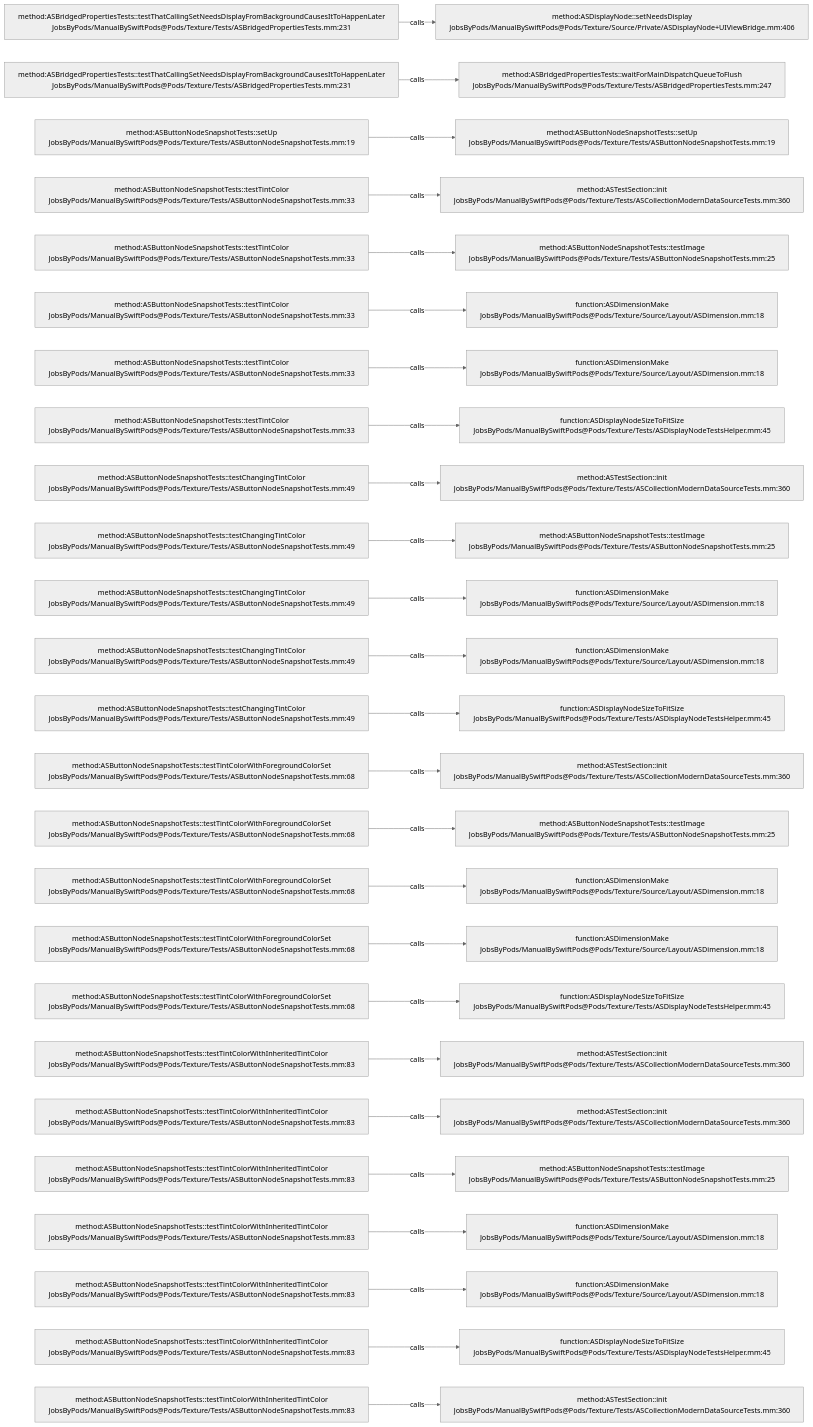
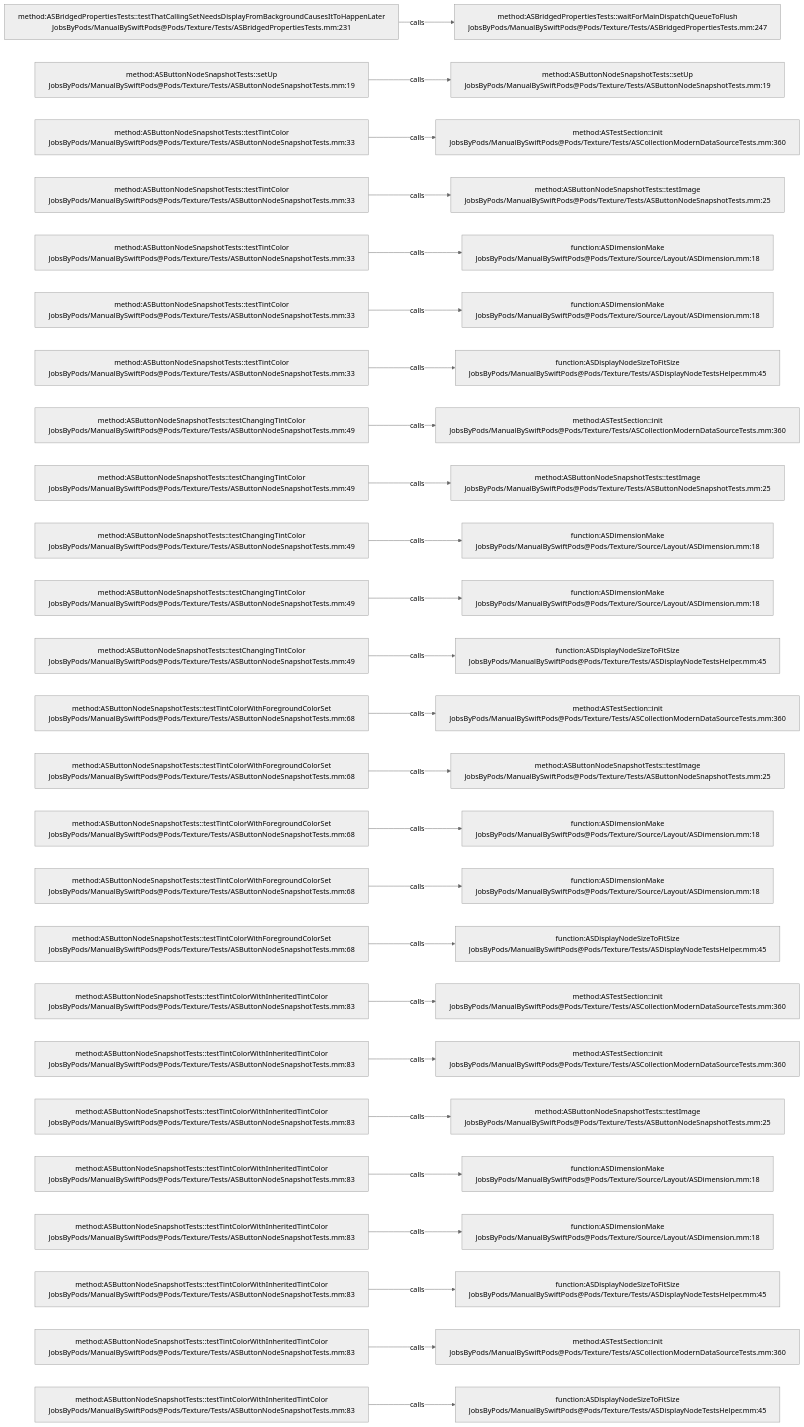
Before and after one commit to JobsKits/JobsSwiftBaseConfigDemo: the diagram in .codegraph/codegraph.md/graphs/calls-165.md, drawn with Mermaid (neutral theme). The commit also changed 747 other files, not shown here.

````diff
--- a/.codegraph/codegraph.md/graphs/calls-165.md
+++ b/.codegraph/codegraph.md/graphs/calls-165.md
@@ -13,78 +13,78 @@
 ```mermaid
 flowchart LR
   S1["method:ASBridgedPropertiesTests::testThatCallingSetNeedsDisplayFromBackgroundCausesItToHappenLater<br/>JobsByPods/ManualBySwiftPods@Pods/Texture/Tests/ASBridgedPropertiesTests.mm:231"]
-  T1["method:ASDisplayNode::setNeedsDisplay<br/>JobsByPods/ManualBySwiftPods@Pods/Texture/Source/Private/ASDisplayNode+UIViewBridge.mm:406"]
+  T1["method:ASBridgedPropertiesTests::waitForMainDispatchQueueToFlush<br/>JobsByPods/ManualBySwiftPods@Pods/Texture/Tests/ASBridgedPropertiesTests.mm:247"]
   S1 -->|calls| T1
-  S2["method:ASBridgedPropertiesTests::testThatCallingSetNeedsDisplayFromBackgroundCausesItToHappenLater<br/>JobsByPods/ManualBySwiftPods@Pods/Texture/Tests/ASBridgedPropertiesTests.mm:231"]
-  T2["method:ASBridgedPropertiesTests::waitForMainDispatchQueueToFlush<br/>JobsByPods/ManualBySwiftPods@Pods/Texture/Tests/ASBridgedPropertiesTests.mm:247"]
+  S2["method:ASButtonNodeSnapshotTests::setUp<br/>JobsByPods/ManualBySwiftPods@Pods/Texture/Tests/ASButtonNodeSnapshotTests.mm:19"]
+  T2["method:ASButtonNodeSnapshotTests::setUp<br/>JobsByPods/ManualBySwiftPods@Pods/Texture/Tests/ASButtonNodeSnapshotTests.mm:19"]
   S2 -->|calls| T2
-  S3["method:ASButtonNodeSnapshotTests::setUp<br/>JobsByPods/ManualBySwiftPods@Pods/Texture/Tests/ASButtonNodeSnapshotTests.mm:19"]
-  T3["method:ASButtonNodeSnapshotTests::setUp<br/>JobsByPods/ManualBySwiftPods@Pods/Texture/Tests/ASButtonNodeSnapshotTests.mm:19"]
+  S3["method:ASButtonNodeSnapshotTests::testTintColor<br/>JobsByPods/ManualBySwiftPods@Pods/Texture/Tests/ASButtonNodeSnapshotTests.mm:33"]
+  T3["method:ASTestSection::init<br/>JobsByPods/ManualBySwiftPods@Pods/Texture/Tests/ASCollectionModernDataSourceTests.mm:360"]
   S3 -->|calls| T3
   S4["method:ASButtonNodeSnapshotTests::testTintColor<br/>JobsByPods/ManualBySwiftPods@Pods/Texture/Tests/ASButtonNodeSnapshotTests.mm:33"]
-  T4["method:ASTestSection::init<br/>JobsByPods/ManualBySwiftPods@Pods/Texture/Tests/ASCollectionModernDataSourceTests.mm:360"]
+  T4["method:ASButtonNodeSnapshotTests::testImage<br/>JobsByPods/ManualBySwiftPods@Pods/Texture/Tests/ASButtonNodeSnapshotTests.mm:25"]
   S4 -->|calls| T4
   S5["method:ASButtonNodeSnapshotTests::testTintColor<br/>JobsByPods/ManualBySwiftPods@Pods/Texture/Tests/ASButtonNodeSnapshotTests.mm:33"]
-  T5["method:ASButtonNodeSnapshotTests::testImage<br/>JobsByPods/ManualBySwiftPods@Pods/Texture/Tests/ASButtonNodeSnapshotTests.mm:25"]
+  T5["function:ASDimensionMake<br/>JobsByPods/ManualBySwiftPods@Pods/Texture/Source/Layout/ASDimension.mm:18"]
   S5 -->|calls| T5
   S6["method:ASButtonNodeSnapshotTests::testTintColor<br/>JobsByPods/ManualBySwiftPods@Pods/Texture/Tests/ASButtonNodeSnapshotTests.mm:33"]
   T6["function:ASDimensionMake<br/>JobsByPods/ManualBySwiftPods@Pods/Texture/Source/Layout/ASDimension.mm:18"]
   S6 -->|calls| T6
   S7["method:ASButtonNodeSnapshotTests::testTintColor<br/>JobsByPods/ManualBySwiftPods@Pods/Texture/Tests/ASButtonNodeSnapshotTests.mm:33"]
-  T7["function:ASDimensionMake<br/>JobsByPods/ManualBySwiftPods@Pods/Texture/Source/Layout/ASDimension.mm:18"]
+  T7["function:ASDisplayNodeSizeToFitSize<br/>JobsByPods/ManualBySwiftPods@Pods/Texture/Tests/ASDisplayNodeTestsHelper.mm:45"]
   S7 -->|calls| T7
-  S8["method:ASButtonNodeSnapshotTests::testTintColor<br/>JobsByPods/ManualBySwiftPods@Pods/Texture/Tests/ASButtonNodeSnapshotTests.mm:33"]
-  T8["function:ASDisplayNodeSizeToFitSize<br/>JobsByPods/ManualBySwiftPods@Pods/Texture/Tests/ASDisplayNodeTestsHelper.mm:45"]
+  S8["method:ASButtonNodeSnapshotTests::testChangingTintColor<br/>JobsByPods/ManualBySwiftPods@Pods/Texture/Tests/ASButtonNodeSnapshotTests.mm:49"]
+  T8["method:ASTestSection::init<br/>JobsByPods/ManualBySwiftPods@Pods/Texture/Tests/ASCollectionModernDataSourceTests.mm:360"]
   S8 -->|calls| T8
   S9["method:ASButtonNodeSnapshotTests::testChangingTintColor<br/>JobsByPods/ManualBySwiftPods@Pods/Texture/Tests/ASButtonNodeSnapshotTests.mm:49"]
-  T9["method:ASTestSection::init<br/>JobsByPods/ManualBySwiftPods@Pods/Texture/Tests/ASCollectionModernDataSourceTests.mm:360"]
+  T9["method:ASButtonNodeSnapshotTests::testImage<br/>JobsByPods/ManualBySwiftPods@Pods/Texture/Tests/ASButtonNodeSnapshotTests.mm:25"]
   S9 -->|calls| T9
   S10["method:ASButtonNodeSnapshotTests::testChangingTintColor<br/>JobsByPods/ManualBySwiftPods@Pods/Texture/Tests/ASButtonNodeSnapshotTests.mm:49"]
-  T10["method:ASButtonNodeSnapshotTests::testImage<br/>JobsByPods/ManualBySwiftPods@Pods/Texture/Tests/ASButtonNodeSnapshotTests.mm:25"]
+  T10["function:ASDimensionMake<br/>JobsByPods/ManualBySwiftPods@Pods/Texture/Source/Layout/ASDimension.mm:18"]
   S10 -->|calls| T10
   S11["method:ASButtonNodeSnapshotTests::testChangingTintColor<br/>JobsByPods/ManualBySwiftPods@Pods/Texture/Tests/ASButtonNodeSnapshotTests.mm:49"]
   T11["function:ASDimensionMake<br/>JobsByPods/ManualBySwiftPods@Pods/Texture/Source/Layout/ASDimension.mm:18"]
   S11 -->|calls| T11
   S12["method:ASButtonNodeSnapshotTests::testChangingTintColor<br/>JobsByPods/ManualBySwiftPods@Pods/Texture/Tests/ASButtonNodeSnapshotTests.mm:49"]
-  T12["function:ASDimensionMake<br/>JobsByPods/ManualBySwiftPods@Pods/Texture/Source/Layout/ASDimension.mm:18"]
+  T12["function:ASDisplayNodeSizeToFitSize<br/>JobsByPods/ManualBySwiftPods@Pods/Texture/Tests/ASDisplayNodeTestsHelper.mm:45"]
   S12 -->|calls| T12
-  S13["method:ASButtonNodeSnapshotTests::testChangingTintColor<br/>JobsByPods/ManualBySwiftPods@Pods/Texture/Tests/ASButtonNodeSnapshotTests.mm:49"]
-  T13["function:ASDisplayNodeSizeToFitSize<br/>JobsByPods/ManualBySwiftPods@Pods/Texture/Tests/ASDisplayNodeTestsHelper.mm:45"]
+  S13["method:ASButtonNodeSnapshotTests::testTintColorWithForegroundColorSet<br/>JobsByPods/ManualBySwiftPods@Pods/Texture/Tests/ASButtonNodeSnapshotTests.mm:68"]
+  T13["method:ASTestSection::init<br/>JobsByPods/ManualBySwiftPods@Pods/Texture/Tests/ASCollectionModernDataSourceTests.mm:360"]
   S13 -->|calls| T13
   S14["method:ASButtonNodeSnapshotTests::testTintColorWithForegroundColorSet<br/>JobsByPods/ManualBySwiftPods@Pods/Texture/Tests/ASButtonNodeSnapshotTests.mm:68"]
-  T14["method:ASTestSection::init<br/>JobsByPods/ManualBySwiftPods@Pods/Texture/Tests/ASCollectionModernDataSourceTests.mm:360"]
+  T14["method:ASButtonNodeSnapshotTests::testImage<br/>JobsByPods/ManualBySwiftPods@Pods/Texture/Tests/ASButtonNodeSnapshotTests.mm:25"]
   S14 -->|calls| T14
   S15["method:ASButtonNodeSnapshotTests::testTintColorWithForegroundColorSet<br/>JobsByPods/ManualBySwiftPods@Pods/Texture/Tests/ASButtonNodeSnapshotTests.mm:68"]
-  T15["method:ASButtonNodeSnapshotTests::testImage<br/>JobsByPods/ManualBySwiftPods@Pods/Texture/Tests/ASButtonNodeSnapshotTests.mm:25"]
+  T15["function:ASDimensionMake<br/>JobsByPods/ManualBySwiftPods@Pods/Texture/Source/Layout/ASDimension.mm:18"]
   S15 -->|calls| T15
   S16["method:ASButtonNodeSnapshotTests::testTintColorWithForegroundColorSet<br/>JobsByPods/ManualBySwiftPods@Pods/Texture/Tests/ASButtonNodeSnapshotTests.mm:68"]
   T16["function:ASDimensionMake<br/>JobsByPods/ManualBySwiftPods@Pods/Texture/Source/Layout/ASDimension.mm:18"]
   S16 -->|calls| T16
   S17["method:ASButtonNodeSnapshotTests::testTintColorWithForegroundColorSet<br/>JobsByPods/ManualBySwiftPods@Pods/Texture/Tests/ASButtonNodeSnapshotTests.mm:68"]
-  T17["function:ASDimensionMake<br/>JobsByPods/ManualBySwiftPods@Pods/Texture/Source/Layout/ASDimension.mm:18"]
+  T17["function:ASDisplayNodeSizeToFitSize<br/>JobsByPods/ManualBySwiftPods@Pods/Texture/Tests/ASDisplayNodeTestsHelper.mm:45"]
   S17 -->|calls| T17
-  S18["method:ASButtonNodeSnapshotTests::testTintColorWithForegroundColorSet<br/>JobsByPods/ManualBySwiftPods@Pods/Texture/Tests/ASButtonNodeSnapshotTests.mm:68"]
-  T18["function:ASDisplayNodeSizeToFitSize<br/>JobsByPods/ManualBySwiftPods@Pods/Texture/Tests/ASDisplayNodeTestsHelper.mm:45"]
+  S18["method:ASButtonNodeSnapshotTests::testTintColorWithInheritedTintColor<br/>JobsByPods/ManualBySwiftPods@Pods/Texture/Tests/ASButtonNodeSnapshotTests.mm:83"]
+  T18["method:ASTestSection::init<br/>JobsByPods/ManualBySwiftPods@Pods/Texture/Tests/ASCollectionModernDataSourceTests.mm:360"]
   S18 -->|calls| T18
   S19["method:ASButtonNodeSnapshotTests::testTintColorWithInheritedTintColor<br/>JobsByPods/ManualBySwiftPods@Pods/Texture/Tests/ASButtonNodeSnapshotTests.mm:83"]
   T19["method:ASTestSection::init<br/>JobsByPods/ManualBySwiftPods@Pods/Texture/Tests/ASCollectionModernDataSourceTests.mm:360"]
   S19 -->|calls| T19
   S20["method:ASButtonNodeSnapshotTests::testTintColorWithInheritedTintColor<br/>JobsByPods/ManualBySwiftPods@Pods/Texture/Tests/ASButtonNodeSnapshotTests.mm:83"]
-  T20["method:ASTestSection::init<br/>JobsByPods/ManualBySwiftPods@Pods/Texture/Tests/ASCollectionModernDataSourceTests.mm:360"]
+  T20["method:ASButtonNodeSnapshotTests::testImage<br/>JobsByPods/ManualBySwiftPods@Pods/Texture/Tests/ASButtonNodeSnapshotTests.mm:25"]
   S20 -->|calls| T20
   S21["method:ASButtonNodeSnapshotTests::testTintColorWithInheritedTintColor<br/>JobsByPods/ManualBySwiftPods@Pods/Texture/Tests/ASButtonNodeSnapshotTests.mm:83"]
-  T21["method:ASButtonNodeSnapshotTests::testImage<br/>JobsByPods/ManualBySwiftPods@Pods/Texture/Tests/ASButtonNodeSnapshotTests.mm:25"]
+  T21["function:ASDimensionMake<br/>JobsByPods/ManualBySwiftPods@Pods/Texture/Source/Layout/ASDimension.mm:18"]
   S21 -->|calls| T21
   S22["method:ASButtonNodeSnapshotTests::testTintColorWithInheritedTintColor<br/>JobsByPods/ManualBySwiftPods@Pods/Texture/Tests/ASButtonNodeSnapshotTests.mm:83"]
   T22["function:ASDimensionMake<br/>JobsByPods/ManualBySwiftPods@Pods/Texture/Source/Layout/ASDimension.mm:18"]
   S22 -->|calls| T22
   S23["method:ASButtonNodeSnapshotTests::testTintColorWithInheritedTintColor<br/>JobsByPods/ManualBySwiftPods@Pods/Texture/Tests/ASButtonNodeSnapshotTests.mm:83"]
-  T23["function:ASDimensionMake<br/>JobsByPods/ManualBySwiftPods@Pods/Texture/Source/Layout/ASDimension.mm:18"]
+  T23["function:ASDisplayNodeSizeToFitSize<br/>JobsByPods/ManualBySwiftPods@Pods/Texture/Tests/ASDisplayNodeTestsHelper.mm:45"]
   S23 -->|calls| T23
   S24["method:ASButtonNodeSnapshotTests::testTintColorWithInheritedTintColor<br/>JobsByPods/ManualBySwiftPods@Pods/Texture/Tests/ASButtonNodeSnapshotTests.mm:83"]
-  T24["function:ASDisplayNodeSizeToFitSize<br/>JobsByPods/ManualBySwiftPods@Pods/Texture/Tests/ASDisplayNodeTestsHelper.mm:45"]
+  T24["method:ASTestSection::init<br/>JobsByPods/ManualBySwiftPods@Pods/Texture/Tests/ASCollectionModernDataSourceTests.mm:360"]
   S24 -->|calls| T24
   S25["method:ASButtonNodeSnapshotTests::testTintColorWithInheritedTintColor<br/>JobsByPods/ManualBySwiftPods@Pods/Texture/Tests/ASButtonNodeSnapshotTests.mm:83"]
-  T25["method:ASTestSection::init<br/>JobsByPods/ManualBySwiftPods@Pods/Texture/Tests/ASCollectionModernDataSourceTests.mm:360"]
+  T25["function:ASDisplayNodeSizeToFitSize<br/>JobsByPods/ManualBySwiftPods@Pods/Texture/Tests/ASDisplayNodeTestsHelper.mm:45"]
   S25 -->|calls| T25
 ```
````
